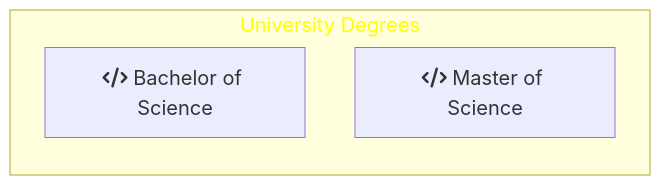
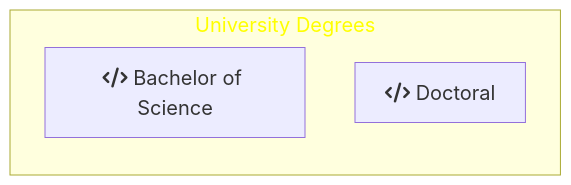
One commit to DippoldEJ/DippoldEJ changed the second of 2 diagrams in README.md. Above: the diagram before and after it, drawn with Mermaid.

````diff
--- a/README.md
+++ b/README.md
@@ -37,15 +37,16 @@
 ```mermaid
 flowchart LR;
 %%{init: {
 	'themeVariables': { 'fontSize': '20px', 'fontFamily': 'Didot'}
 	}
 }%%
 
 subgraph h[University Degrees]
 direction TD
     s[fa:fa-code Bachelor of Science ]
     a[fa:fa-code Master of Science ]
+    a[fa:fa-code Doctoral ]
     end
 
 style h color:#FFFF00
 ```
````
